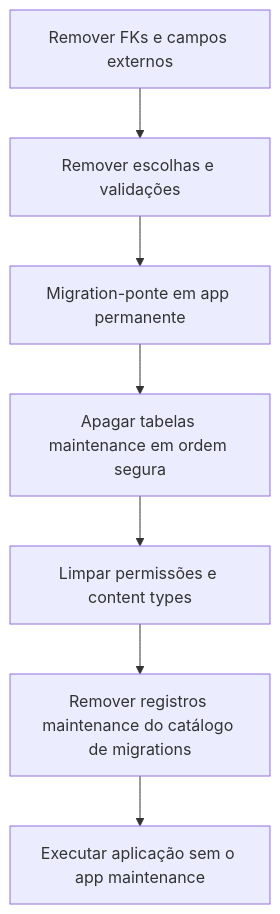
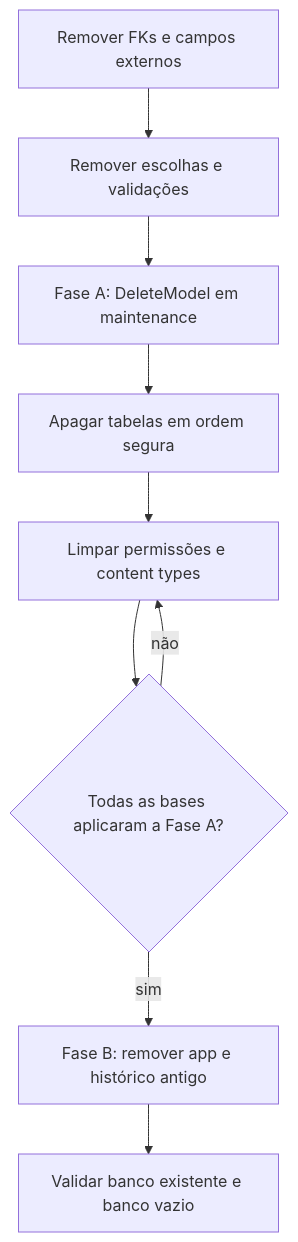
One commit to RuiGN/rgnfamarsystemv2 changed the diagram in docs/superpowers/specs/2026-08-29-physical-equipment-removal-design.md. Above: the diagram before and after it, drawn with Mermaid. The commit also changed other lines of this file, not shown here.

````diff
--- a/docs/superpowers/specs/2026-08-29-physical-equipment-removal-design.md
+++ b/docs/superpowers/specs/2026-08-29-physical-equipment-removal-design.md
@@ -81,9 +85,11 @@
 ```mermaid
 flowchart TD
     A[Remover FKs e campos externos] --> B[Remover escolhas e validações]
-    B --> C[Migration-ponte em app permanente]
-    C --> D[Apagar tabelas maintenance em ordem segura]
+    B --> C[Fase A: DeleteModel em maintenance]
+    C --> D[Apagar tabelas em ordem segura]
     D --> E[Limpar permissões e content types]
-    E --> F[Remover registros maintenance do catálogo de migrations]
-    F --> G[Executar aplicação sem o app maintenance]
+    E --> F{Todas as bases aplicaram a Fase A?}
+    F -->|não| E
+    F -->|sim| G[Fase B: remover app e histórico antigo]
+    G --> H[Validar banco existente e banco vazio]
 ```
````
